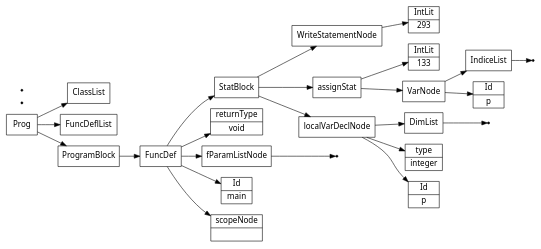
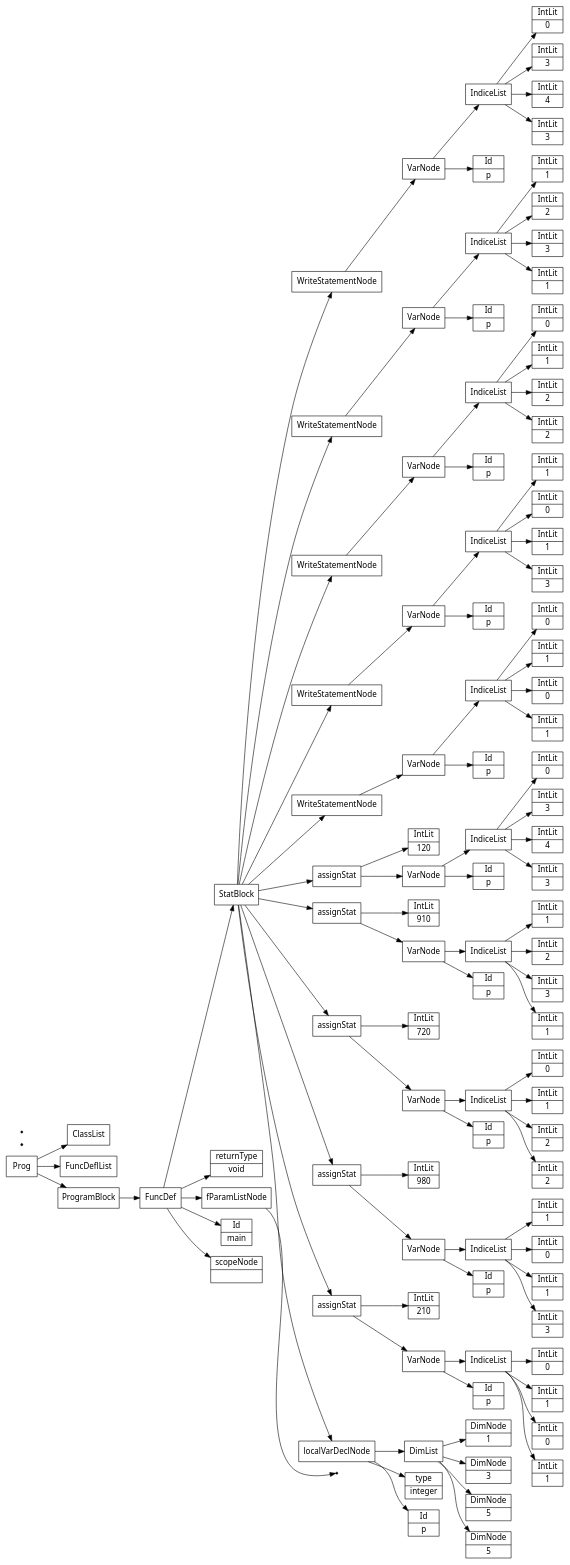
One commit to Saf1u/Kompiler changed the diagram in files/semantictests/testc.src.ast.dot. Above: the diagram before and after it, drawn with Graphviz. The commit also changed 6 other files, not shown here.

```diff
--- a/files/semantictests/testc.src.ast.dot
+++ b/files/semantictests/testc.src.ast.dot
@@ -8,46 +8,206 @@
 5[label="returnType|void"];
 7[label="Id|p"];
 8[label="type|integer"];
-none10[shape="point"];
-11[label="DimList"];
-11->none10;
-12[label="localVarDeclNode"];
-12->11;
-12->8;
-12->7;
-13[label="Id|p"];
-none15[shape="point"];
-16[label="IndiceList"];
-16->none15;
-17[label="VarNode"];
-17->16;
-17->13;
-18[label="IntLit|133"];
-19[label="assignStat"];
-19->18;
-19->17;
-20[label="IntLit|293"];
-21[label="WriteStatementNode"];
-21->20;
-22[label="StatBlock"];
+10[label="DimNode|5"];
+11[label="DimNode|5"];
+12[label="DimNode|3"];
+13[label="DimNode|1"];
+14[label="DimList"];
+14->13;
+14->12;
+14->11;
+14->10;
+15[label="localVarDeclNode"];
+15->14;
+15->8;
+15->7;
+16[label="Id|p"];
+18[label="IntLit|1"];
+19[label="IntLit|0"];
+20[label="IntLit|1"];
+21[label="IntLit|0"];
+22[label="IndiceList"];
 22->21;
+22->20;
 22->19;
-22->12;
-23[label="FuncDef"];
+22->18;
+23[label="VarNode"];
+23->22;
+23->16;
+24[label="IntLit|210"];
+25[label="assignStat"];
+25->24;
+25->23;
+26[label="Id|p"];
+28[label="IntLit|3"];
+29[label="IntLit|1"];
+30[label="IntLit|0"];
+31[label="IntLit|1"];
+32[label="IndiceList"];
+32->31;
+32->30;
+32->29;
+32->28;
+33[label="VarNode"];
+33->32;
+33->26;
+34[label="IntLit|980"];
+35[label="assignStat"];
+35->34;
+35->33;
+36[label="Id|p"];
+38[label="IntLit|2"];
+39[label="IntLit|2"];
+40[label="IntLit|1"];
+41[label="IntLit|0"];
+42[label="IndiceList"];
+42->41;
+42->40;
+42->39;
+42->38;
+43[label="VarNode"];
+43->42;
+43->36;
+44[label="IntLit|720"];
+45[label="assignStat"];
+45->44;
+45->43;
+46[label="Id|p"];
+48[label="IntLit|1"];
+49[label="IntLit|3"];
+50[label="IntLit|2"];
+51[label="IntLit|1"];
+52[label="IndiceList"];
+52->51;
+52->50;
+52->49;
+52->48;
+53[label="VarNode"];
+53->52;
+53->46;
+54[label="IntLit|910"];
+55[label="assignStat"];
+55->54;
+55->53;
+56[label="Id|p"];
+58[label="IntLit|3"];
+59[label="IntLit|4"];
+60[label="IntLit|3"];
+61[label="IntLit|0"];
+62[label="IndiceList"];
+62->61;
+62->60;
+62->59;
+62->58;
+63[label="VarNode"];
+63->62;
+63->56;
+64[label="IntLit|120"];
+65[label="assignStat"];
+65->64;
+65->63;
+66[label="Id|p"];
+68[label="IntLit|1"];
+69[label="IntLit|0"];
+70[label="IntLit|1"];
+71[label="IntLit|0"];
+72[label="IndiceList"];
+72->71;
+72->70;
+72->69;
+72->68;
+73[label="VarNode"];
+73->72;
+73->66;
+74[label="WriteStatementNode"];
+74->73;
+75[label="Id|p"];
+77[label="IntLit|3"];
+78[label="IntLit|1"];
+79[label="IntLit|0"];
+80[label="IntLit|1"];
+81[label="IndiceList"];
+81->80;
+81->79;
+81->78;
+81->77;
+82[label="VarNode"];
+82->81;
+82->75;
+83[label="WriteStatementNode"];
+83->82;
+84[label="Id|p"];
+86[label="IntLit|2"];
+87[label="IntLit|2"];
+88[label="IntLit|1"];
+89[label="IntLit|0"];
+90[label="IndiceList"];
+90->89;
+90->88;
+90->87;
+90->86;
+91[label="VarNode"];
+91->90;
+91->84;
+92[label="WriteStatementNode"];
+92->91;
+93[label="Id|p"];
+95[label="IntLit|1"];
+96[label="IntLit|3"];
+97[label="IntLit|2"];
+98[label="IntLit|1"];
+99[label="IndiceList"];
+99->98;
+99->97;
+99->96;
+99->95;
+100[label="VarNode"];
+100->99;
+100->93;
+101[label="WriteStatementNode"];
+101->100;
+102[label="Id|p"];
+104[label="IntLit|3"];
+105[label="IntLit|4"];
+106[label="IntLit|3"];
+107[label="IntLit|0"];
+108[label="IndiceList"];
+108->107;
+108->106;
+108->105;
+108->104;
+109[label="VarNode"];
+109->108;
+109->102;
+110[label="WriteStatementNode"];
+110->109;
+111[label="StatBlock"];
+111->110;
+111->101;
+111->92;
+111->83;
+111->74;
+111->65;
+111->55;
+111->45;
+111->35;
+111->25;
+111->15;
+112[label="FuncDef"];
 0[label="Id|main"];
-23->22;
-23->5;
-23->4;
-23->0;
-23->1;
-24[label="ClassList"];
-25[label="FuncDeflList"];
-26[label="Prog"];
-27[label="ProgramBlock"];
-27->23;
-none28[shape="point"];
-none29[shape="point"];
-26->24;
-26->25;
-26->27;
+112->111;
+112->5;
+112->4;
+112->0;
+112->1;
+113[label="ClassList"];
+114[label="FuncDeflList"];
+115[label="Prog"];
+116[label="ProgramBlock"];
+116->112;
+none117[shape="point"];
+none118[shape="point"];
+115->113;
+115->114;
+115->116;
 }
```
